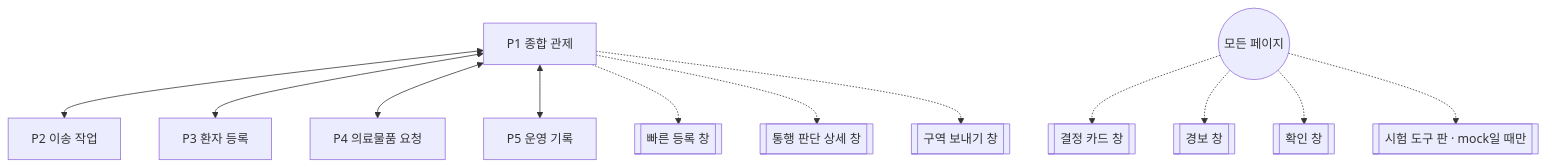
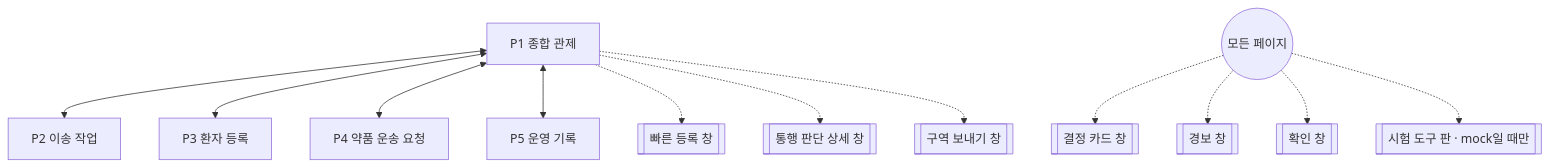
Before and after one commit to yg-gulbi/bad_autonoumous_delivery: the second of 6 diagrams in docs/part3/WEB_DB_DESIGN.md, drawn with Mermaid. The commit also changed other lines of this file and 51 other files, not shown here.

````diff
--- a/docs/part3/WEB_DB_DESIGN.md
+++ b/docs/part3/WEB_DB_DESIGN.md
@@ -59,14 +59,14 @@
 ```mermaid
 flowchart TB
   D[P1 종합 관제] <--> M[P2 이송 작업]
   D <--> PT[P3 환자 등록]
-  D <--> S[P4 의료물품 요청]
+  D <--> S[P4 약품 운송 요청]
   D <--> LOG[P5 운영 기록]
   D -.-> Q[[빠른 등록 창]]
   D -.-> J[[통행 판단 상세 창]]
   D -.-> Z[[구역 보내기 창]]
   ANY((모든 페이지)) -.-> K[[결정 카드 창]]
   ANY -.-> A[[경보 창]]
   ANY -.-> C[[확인 창]]
   ANY -.-> T[[시험 도구 판 · mock일 때만]]
 ```
````
